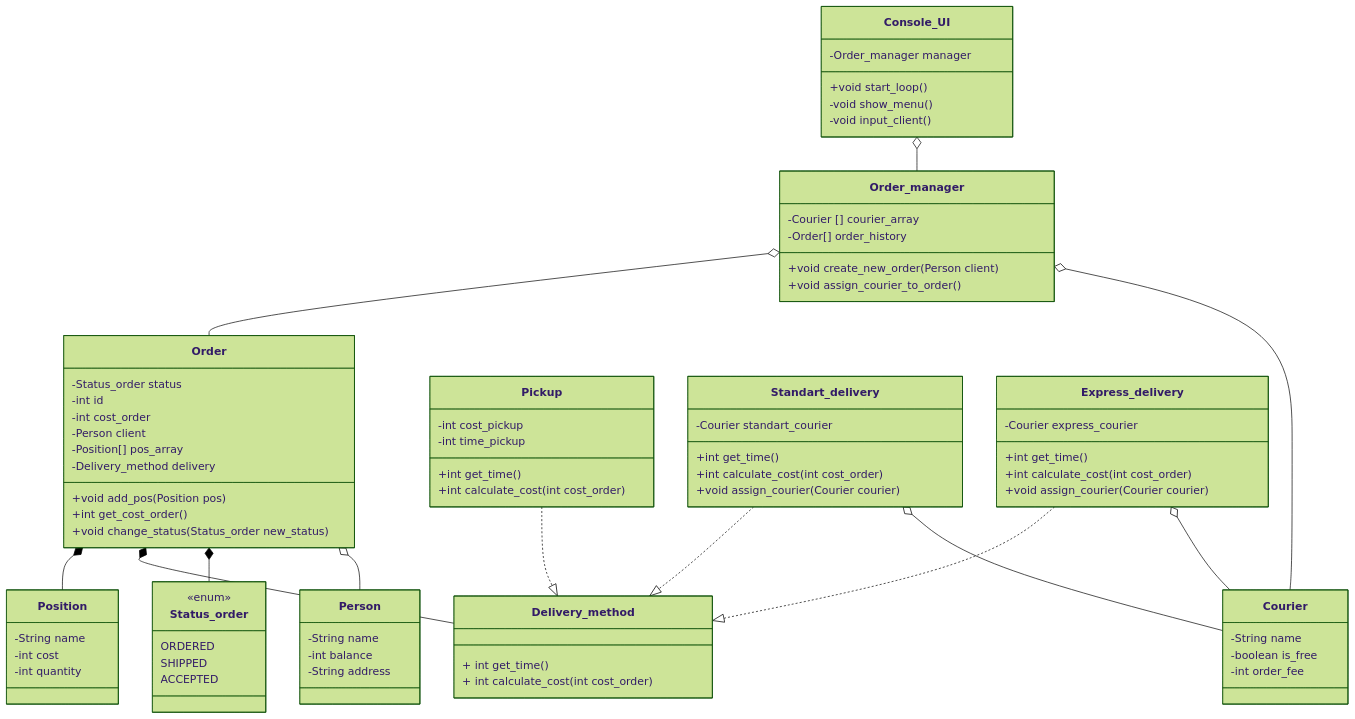
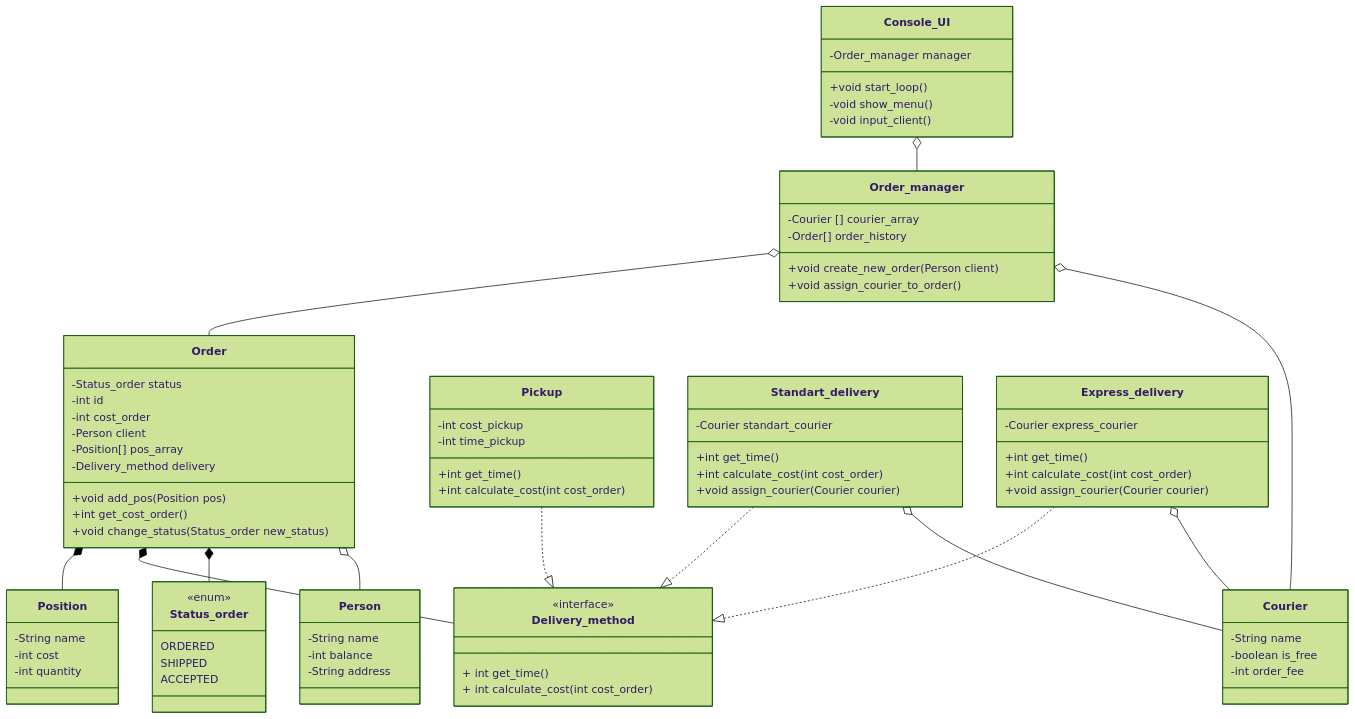
One commit to kirillkushaev2007-boop/Labaratory1 changed the diagram in README.md. Above: the diagram before and after it, drawn with Mermaid (forest theme).

```diff
--- a/README.md
+++ b/README.md
@@ -43,6 +43,7 @@
    }
    %% Интерфейс доставки (Delivery_method)
    class Delivery_method {
+      <<interface>>
       + int get_time()
       + int calculate_cost (int cost_order)
    }
```
